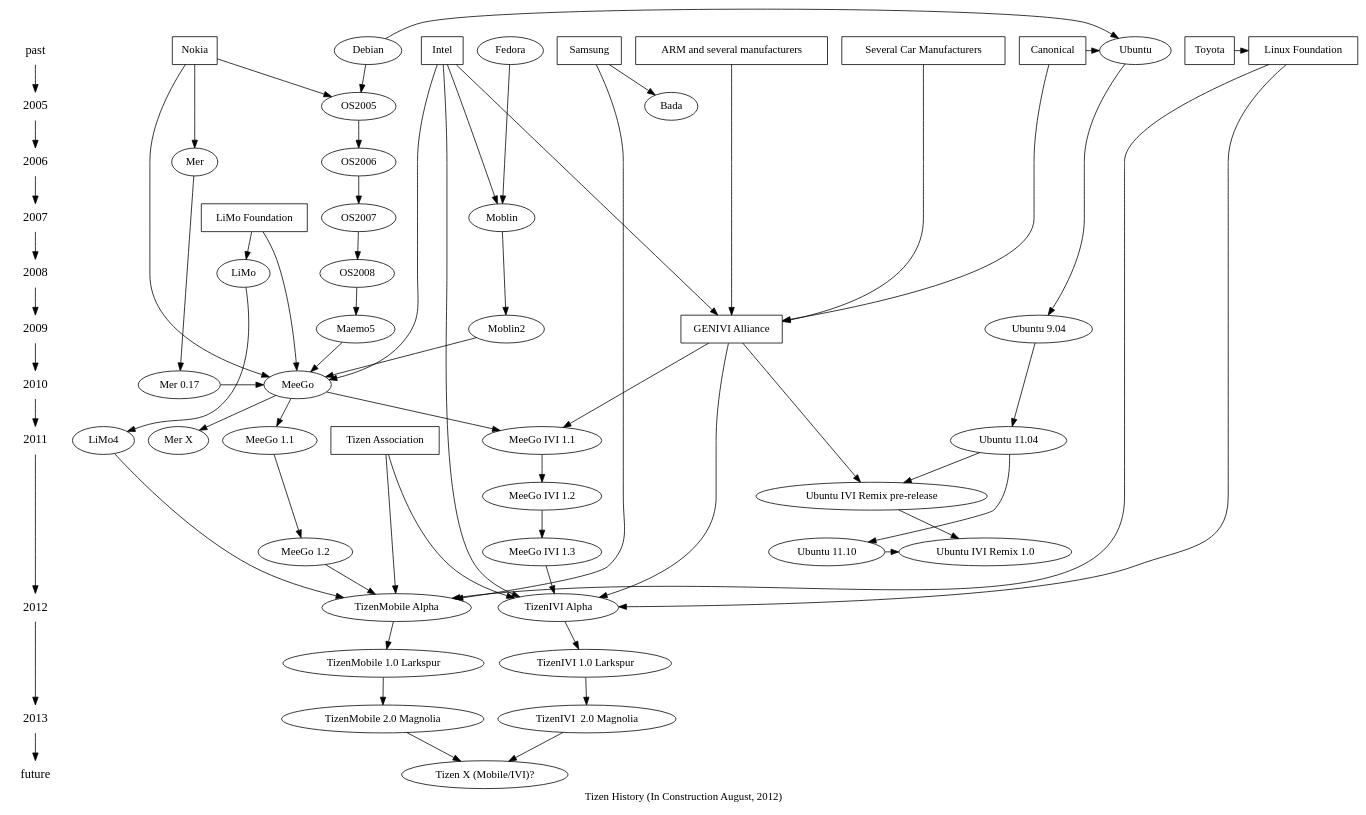
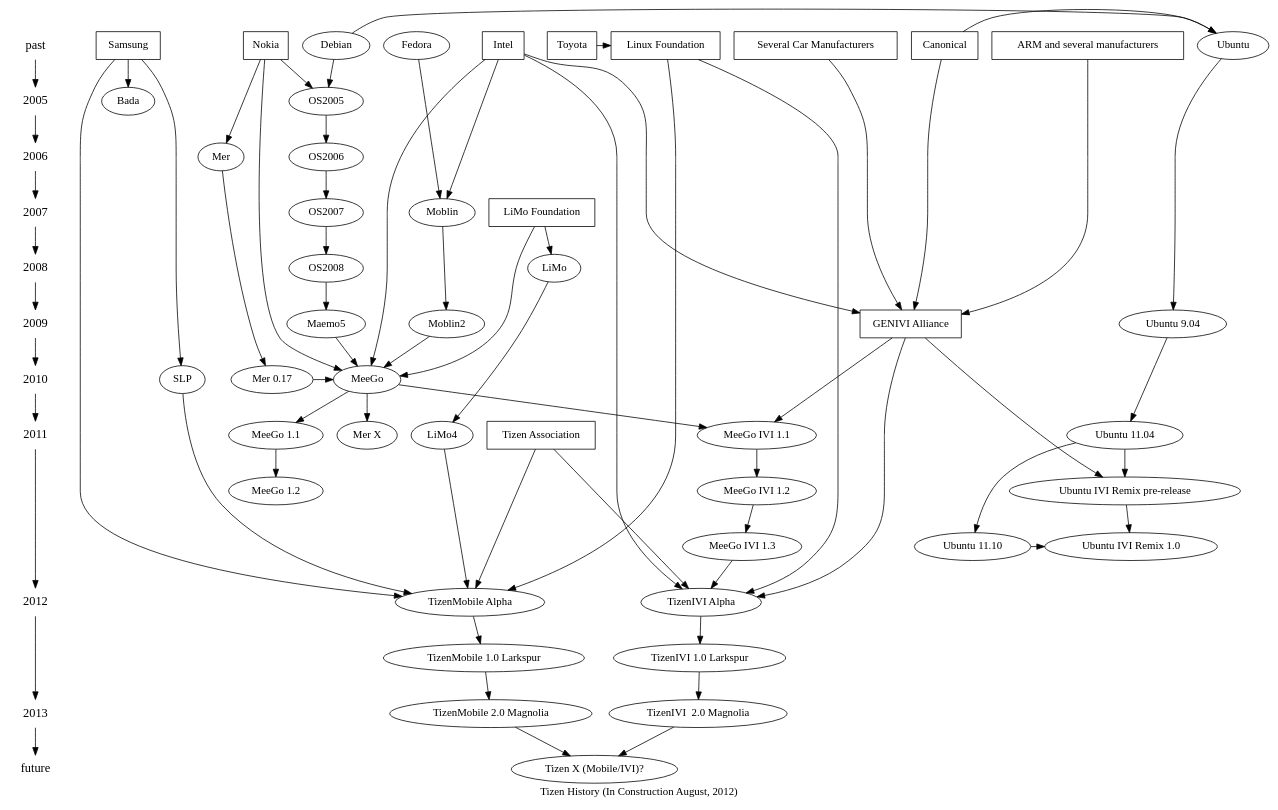
Before and after one commit to kumadasu/tizen-history: the diagram in tizen-history.dot, drawn with Graphviz. The commit also changed 1 other file, not shown here.

Commit message:
Add SLP as father of TizenMobile, and cut relation from MeeGoMobile to TizenMobile.

```diff
--- a/tizen-history.dot
+++ b/tizen-history.dot
@@ -1,86 +1,87 @@
 digraph tizenhistory {
 graph [label="Tizen History (In Construction August, 2012)"]
 /*timeline*/
 {
 	node [shape=plaintext, fontsize=16];
 	"past" -> /*1990 ->
 	1991 -> 1992 -> 1993 -> 1994 -> 1995 ->
 	1996 -> 1997 -> 1998 -> 1999 -> 2000 ->
 	2001 -> 2002 -> 2003 -> 2004 ->*/ 2005 ->
 	2006 -> 2007 -> 2008 -> 2009 -> 2010 ->
 	2011 -> 2012 -> 2013 -> "future";
 }
 
 /* Organizations */
 {
 	node [shape=box];
 	{ rank = same; "past"; "Nokia"}
 	{ rank = same; "past"; "Intel"}
 	{ rank = same; "past"; "Samsung"}
 	{ rank = same; "past"; "ARM and several manufacturers"}
 	{ rank = same; "past"; "Several Car Manufacturers"}
 	{ rank = same; "past"; "Canonical"}
 	{ rank = same; "past"; "Linux Foundation"}
 	{ rank = same; "past"; "Toyota"}
 	{ rank = same; "2007"; "LiMo Foundation"}
 	{ rank = same; "2009"; "GENIVI Alliance"}
 	{ rank = same; "2011"; "Tizen Association"} //?
 "Toyota" -> "Linux Foundation";
 "Intel" -> "GENIVI Alliance";
 "Several Car Manufacturers" -> "GENIVI Alliance";
 "ARM and several manufacturers" -> "GENIVI Alliance";
 "Canonical" -> "GENIVI Alliance";
 }
 
 /* Technologies */
 {
 	node [shape=plaintext];
 //	"HTML5";
 }
 
 /* OS */
 { rank = same; "past"; "Ubuntu"; "Fedora"; "Debian"}
 { rank = same; 2005; "OS2005"}
 { rank = same; 2006; "OS2006"}
 { rank = same; 2007; "OS2007"; "Moblin"}
 { rank = same; 2008; "OS2008"; "LiMo"}
 { rank = same; 2009; "Maemo5"; "Moblin2"; "Ubuntu 9.04"}
-{ rank = same; 2010; "MeeGo"; "Mer 0.17"}
+{ rank = same; 2010; "MeeGo"; "Mer 0.17"; "SLP"}
 { rank = same; 2011; "Ubuntu 11.04"; "LiMo4"}
 { rank = same; "Ubuntu 11.10"; "Ubuntu IVI Remix 1.0"}
 { rank = same; 2012; "TizenMobile Alpha"; "TizenIVI Alpha"};
 { rank = same; "TizenMobile 1.0 Larkspur"; "TizenIVI 1.0 Larkspur"}
 { rank = same; 2013; "TizenMobile 2.0 Magnolia"; "TizenIVI  2.0 Magnolia" }
 	"Debian" -> "Ubuntu";
 	"Debian" -> "OS2005" -> "OS2006" -> "OS2007" -> "OS2008" -> "Maemo5" -> "MeeGo";
 	"Fedora" -> "Moblin" -> "Moblin2" -> "MeeGo";
 	"Mer" -> "Mer 0.17" -> "MeeGo" -> "Mer X";
 	"LiMo" -> "LiMo4" -> "TizenMobile Alpha";
-	"MeeGo" -> "MeeGo 1.1" -> "MeeGo 1.2" -> "TizenMobile Alpha";
+	"MeeGo" -> "MeeGo 1.1" -> "MeeGo 1.2";
 	"MeeGo" -> "MeeGo IVI 1.1" -> "MeeGo IVI 1.2" -> "MeeGo IVI 1.3" -> "TizenIVI Alpha";
-	//Mer -> "TizenIVI Alpha";
+	"SLP" -> "TizenMobile Alpha";
 	"TizenMobile Alpha" -> "TizenMobile 1.0 Larkspur" -> "TizenMobile 2.0 Magnolia" -> "Tizen X (Mobile/IVI)?";
 	"TizenIVI Alpha" -> "TizenIVI 1.0 Larkspur" -> "TizenIVI  2.0 Magnolia" -> "Tizen X (Mobile/IVI)?";
 	"Ubuntu" -> "Ubuntu 9.04" -> "Ubuntu 11.04" -> "Ubuntu 11.10" -> "Ubuntu IVI Remix 1.0";
 	"Ubuntu 11.04" -> "Ubuntu IVI Remix pre-release" -> "Ubuntu IVI Remix 1.0";
 
 "Canonical" -> "Ubuntu";
 "Nokia" -> "OS2005";
 "Intel" -> "Moblin";
 "Intel" -> "MeeGo";
 "Nokia" -> "Mer";
 "Nokia" -> "MeeGo";
 //"Toyota" -> "MeeGo IVI 1.2";
 "Samsung" -> "Bada";
+"Samsung" -> "SLP";
 "Intel" -> "TizenIVI Alpha";
 "Samsung" -> "TizenMobile Alpha";
 "GENIVI Alliance" -> "MeeGo IVI 1.1";
 "GENIVI Alliance" -> "TizenIVI Alpha";
 "GENIVI Alliance" -> "Ubuntu IVI Remix pre-release";
 "LiMo Foundation" -> "LiMo";
 "LiMo Foundation" -> "MeeGo";
 "Tizen Association" -> "TizenIVI Alpha";
 "Tizen Association" -> "TizenMobile Alpha";
 "Linux Foundation" -> "TizenIVI Alpha";
 "Linux Foundation" -> "TizenMobile Alpha";
 }
```
